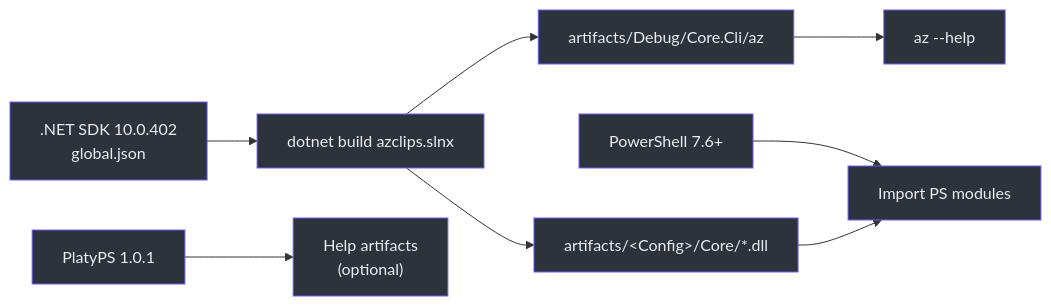
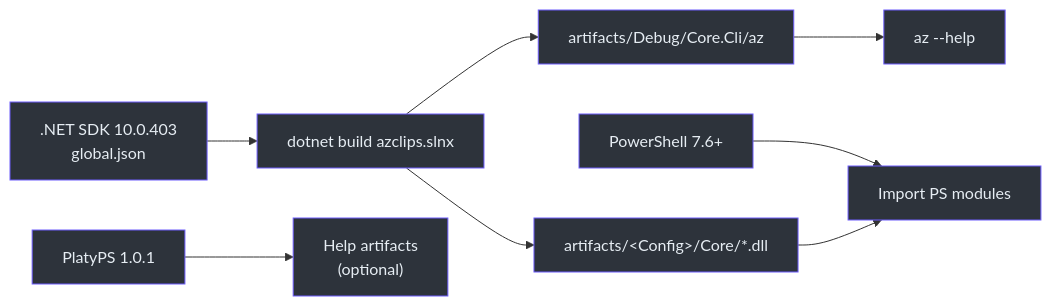
Before and after one commit to Azure/azclips: the first of 2 diagrams in wiki/01-getting-started/environment-setup.md, drawn with Mermaid. The commit also changed other lines of this file and 4 other files, not shown here.

First line of the commit message:
{DevOps} Upgrade minimum .NET SDK to 10.0.403

````diff
--- a/wiki/01-getting-started/environment-setup.md
+++ b/wiki/01-getting-started/environment-setup.md
@@ -25,20 +25,20 @@
 ```mermaid
 graph LR
-    SDK[".NET SDK 10.0.402<br>global.json"] --> BUILD["dotnet build azclips.slnx"]
+    SDK[".NET SDK 10.0.403<br>global.json"] --> BUILD["dotnet build azclips.slnx"]
     PS7["PowerShell 7.6+"] --> MODULES["Import PS modules"]
     PLATY["PlatyPS 1.0.1"] --> HELP["Help artifacts<br>(optional)"]
     BUILD --> AZ["artifacts/Debug/Core.Cli/az"]
     BUILD --> DLLS["artifacts/&lt;Config&gt;/Core/*.dll"]
     DLLS --> MODULES
     AZ --> RUN["az --help"]
 
     style SDK fill:#2d333b,stroke:#6d5dfc,color:#e6edf3
     style PS7 fill:#2d333b,stroke:#6d5dfc,color:#e6edf3
     style PLATY fill:#2d333b,stroke:#6d5dfc,color:#e6edf3
     style BUILD fill:#2d333b,stroke:#6d5dfc,color:#e6edf3
     style AZ fill:#2d333b,stroke:#6d5dfc,color:#e6edf3
     style DLLS fill:#2d333b,stroke:#6d5dfc,color:#e6edf3
     style MODULES fill:#2d333b,stroke:#6d5dfc,color:#e6edf3
     style HELP fill:#2d333b,stroke:#6d5dfc,color:#e6edf3
     style RUN fill:#2d333b,stroke:#6d5dfc,color:#e6edf3
 ```
````
